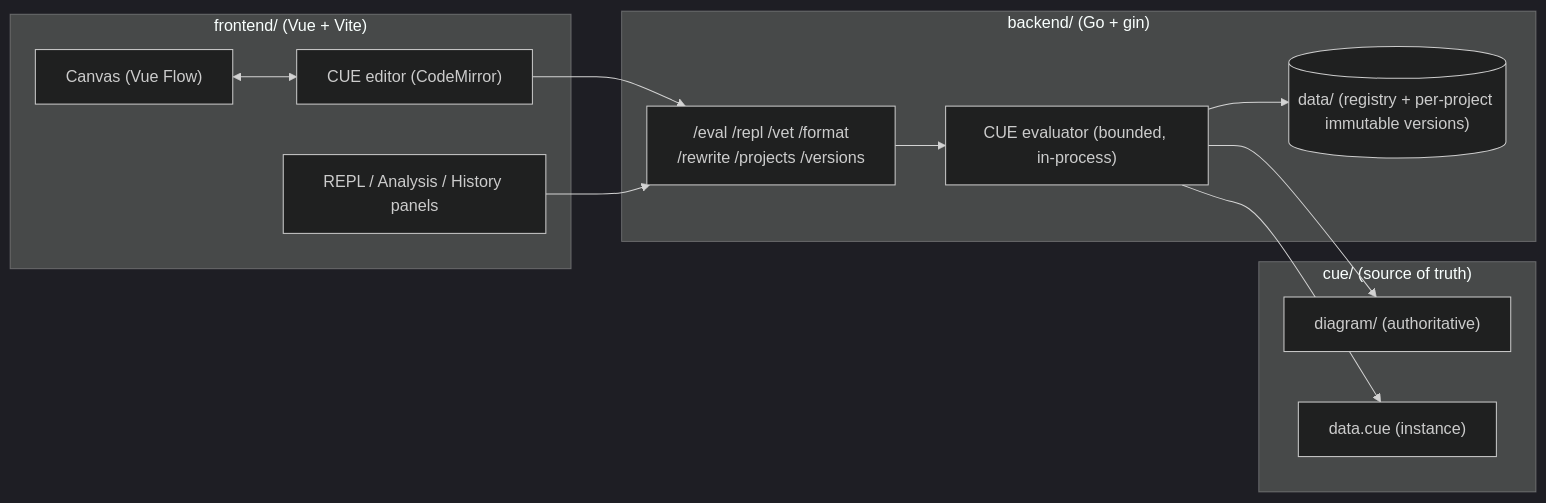
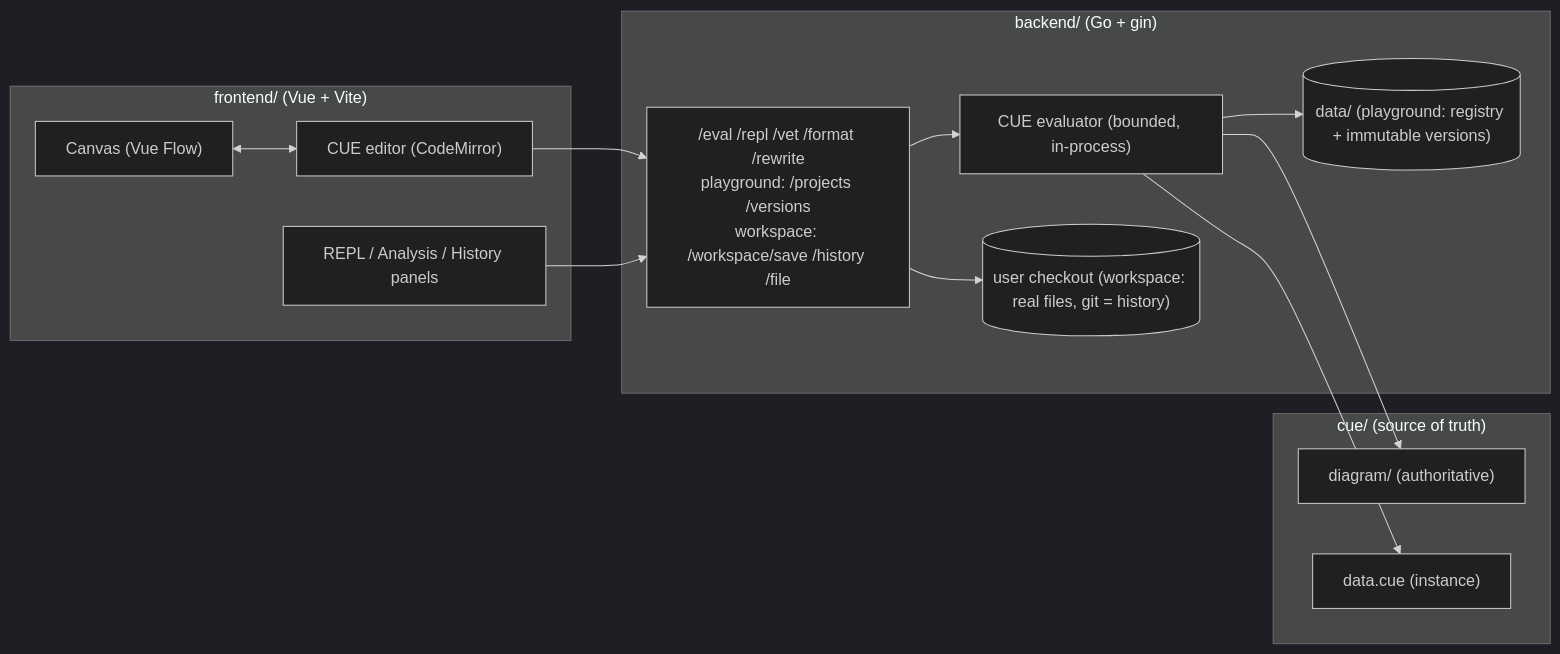
One commit to stratorys/cueto changed the diagram in README.md. Above: the diagram before and after it, drawn with Mermaid (dark theme). The commit also changed other lines of this file and 22 other files, not shown here.

Commit message:
feat(workspace): add history tracking and persistence layer for diagrams

````diff
--- a/README.md
+++ b/README.md
@@ -135,27 +135,29 @@
 ```mermaid
 flowchart LR
   subgraph fe["frontend/ (Vue + Vite)"]
     canvas["Canvas (Vue Flow)"]
     editor["CUE editor (CodeMirror)"]
     repl["REPL / Analysis / History panels"]
   end
 
   subgraph be["backend/ (Go + gin)"]
-    api["/eval /repl /vet /format\n/rewrite /projects /versions"]
+    api["/eval /repl /vet /format /rewrite\nplayground: /projects /versions\nworkspace: /workspace/save /history /file"]
     eval["CUE evaluator (bounded, in-process)"]
-    versions[("data/ (registry + per-project immutable versions)")]
+    versions[("data/ (playground: registry + immutable versions)")]
+    workspace[("user checkout (workspace: real files, git = history)")]
   end
 
   subgraph cue["cue/ (source of truth)"]
     schema["diagram/ (authoritative)"]
     data["data.cue (instance)"]
   end
 
   canvas <--> editor
   editor --> api
   repl --> api
   api --> eval
   eval --> schema
   eval --> data
   eval --> versions
+  api --> workspace
 ```
````
